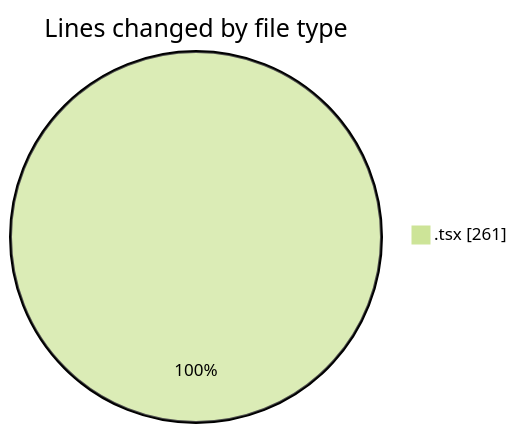
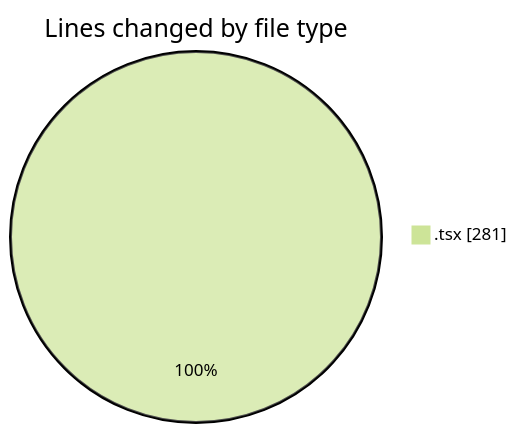
The first of 2 diagrams in 2025-06-17/cda/README.md (momahboobian/code-tracking), drawn with Mermaid (forest theme) before and after one commit. The commit also changed other lines of this file and 1 other file, not shown here.

````diff
--- a/2025-06-17/cda/README.md
+++ b/2025-06-17/cda/README.md
@@ -21,5 +21,5 @@
 ```mermaid
 pie showData
 title Lines changed by file type
-".tsx" : 261
+".tsx" : 281
 ```
````
